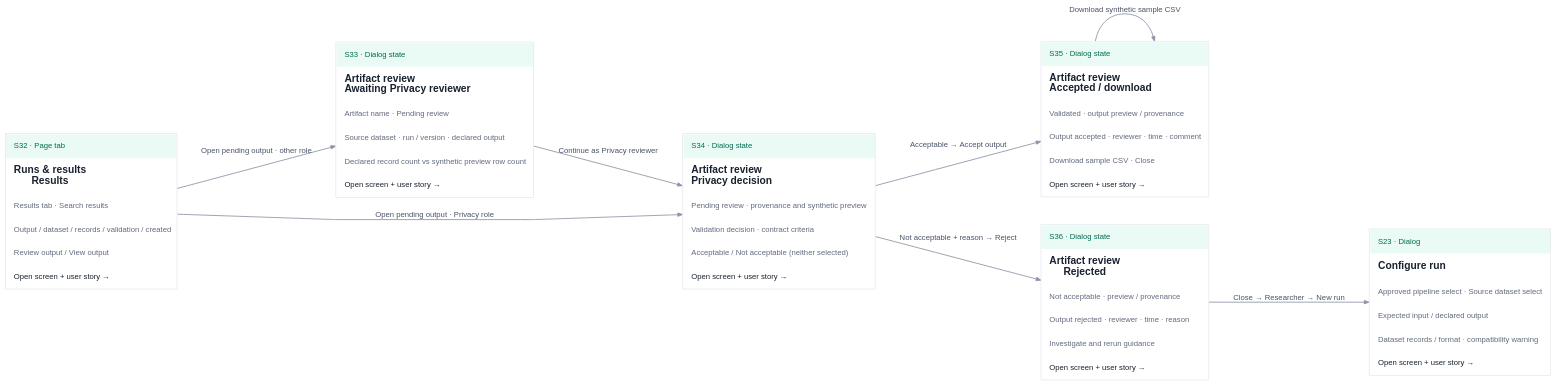
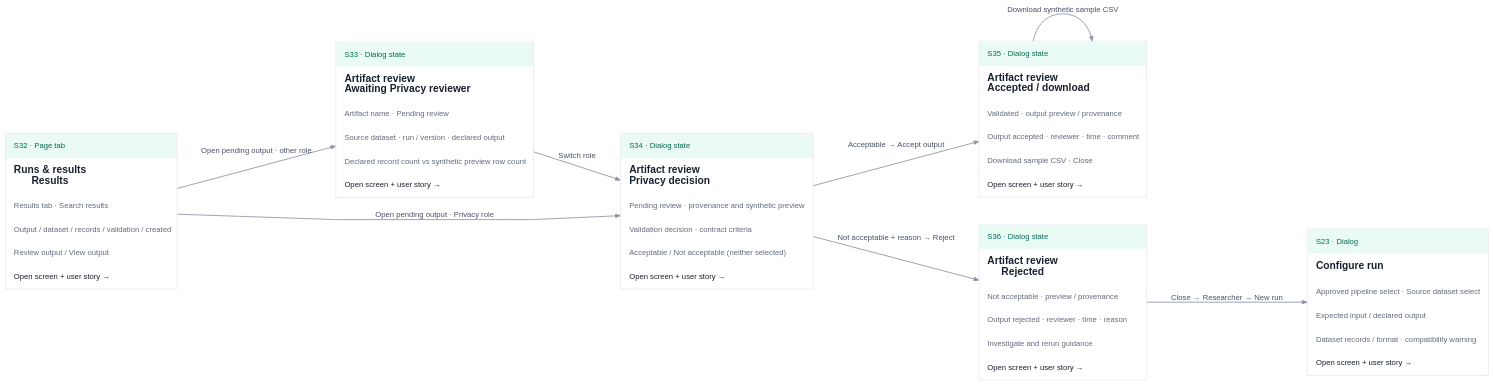
The diagram in public/mvp-flow-docs/flows/F09.dot (T-dotnet/Zero_trust), drawn with Graphviz before and after one commit. The commit also changed 52 other files, not shown here.

```diff
--- a/public/mvp-flow-docs/flows/F09.dot
+++ b/public/mvp-flow-docs/flows/F09.dot
@@ -1,18 +1,18 @@
 digraph flow {
 graph [rankdir=LR, bgcolor="transparent", pad="0.25", nodesep="0.6", ranksep="1.05", splines=polyline, outputorder=edgesfirst];
 node [shape=plain, fontname="Arial"];
 edge [color="#8c91a4", fontcolor="#495268", fontname="Arial", fontsize=12, arrowsize=0.75, penwidth=1.3];
 S32 [id="node-S32", href="#screen=S32&journey=F09", tooltip="Runs & results · Results", label=<<TABLE BORDER="1" COLOR="#e0e4ec" CELLBORDER="0" CELLSPACING="0" CELLPADDING="12" BGCOLOR="white"><TR><TD ALIGN="LEFT" WIDTH="260" BGCOLOR="#eafbf5"><FONT POINT-SIZE="12" COLOR="#006b50">S32 · Page tab</FONT></TD></TR><TR><TD ALIGN="LEFT"><FONT POINT-SIZE="16" COLOR="#18212f"><B>Runs &amp; results<BR ALIGN="LEFT"/>Results</B></FONT></TD></TR><TR><TD ALIGN="LEFT"><FONT POINT-SIZE="12" COLOR="#626a7e">Results tab · Search results</FONT></TD></TR><TR><TD ALIGN="LEFT"><FONT POINT-SIZE="12" COLOR="#626a7e">Output / dataset / records / validation / created</FONT></TD></TR><TR><TD ALIGN="LEFT"><FONT POINT-SIZE="12" COLOR="#626a7e">Review output / View output</FONT></TD></TR><TR><TD ALIGN="LEFT"><FONT POINT-SIZE="12" COLOR="#18212f">Open screen + user story →</FONT></TD></TR></TABLE>>];
 S33 [id="node-S33", href="#screen=S33&journey=F09", tooltip="Artifact review · Awaiting Privacy reviewer", label=<<TABLE BORDER="1" COLOR="#e0e4ec" CELLBORDER="0" CELLSPACING="0" CELLPADDING="12" BGCOLOR="white"><TR><TD ALIGN="LEFT" WIDTH="260" BGCOLOR="#eafbf5"><FONT POINT-SIZE="12" COLOR="#006b50">S33 · Dialog state</FONT></TD></TR><TR><TD ALIGN="LEFT"><FONT POINT-SIZE="16" COLOR="#18212f"><B>Artifact review<BR ALIGN="LEFT"/>Awaiting Privacy reviewer</B></FONT></TD></TR><TR><TD ALIGN="LEFT"><FONT POINT-SIZE="12" COLOR="#626a7e">Artifact name · Pending review</FONT></TD></TR><TR><TD ALIGN="LEFT"><FONT POINT-SIZE="12" COLOR="#626a7e">Source dataset · run / version · declared output</FONT></TD></TR><TR><TD ALIGN="LEFT"><FONT POINT-SIZE="12" COLOR="#626a7e">Declared record count vs synthetic preview row count</FONT></TD></TR><TR><TD ALIGN="LEFT"><FONT POINT-SIZE="12" COLOR="#18212f">Open screen + user story →</FONT></TD></TR></TABLE>>];
 S34 [id="node-S34", href="#screen=S34&journey=F09", tooltip="Artifact review · Privacy decision", label=<<TABLE BORDER="1" COLOR="#e0e4ec" CELLBORDER="0" CELLSPACING="0" CELLPADDING="12" BGCOLOR="white"><TR><TD ALIGN="LEFT" WIDTH="260" BGCOLOR="#eafbf5"><FONT POINT-SIZE="12" COLOR="#006b50">S34 · Dialog state</FONT></TD></TR><TR><TD ALIGN="LEFT"><FONT POINT-SIZE="16" COLOR="#18212f"><B>Artifact review<BR ALIGN="LEFT"/>Privacy decision</B></FONT></TD></TR><TR><TD ALIGN="LEFT"><FONT POINT-SIZE="12" COLOR="#626a7e">Pending review · provenance and synthetic preview</FONT></TD></TR><TR><TD ALIGN="LEFT"><FONT POINT-SIZE="12" COLOR="#626a7e">Validation decision · contract criteria</FONT></TD></TR><TR><TD ALIGN="LEFT"><FONT POINT-SIZE="12" COLOR="#626a7e">Acceptable / Not acceptable (neither selected)</FONT></TD></TR><TR><TD ALIGN="LEFT"><FONT POINT-SIZE="12" COLOR="#18212f">Open screen + user story →</FONT></TD></TR></TABLE>>];
 S35 [id="node-S35", href="#screen=S35&journey=F09", tooltip="Artifact review · Accepted / download", label=<<TABLE BORDER="1" COLOR="#e0e4ec" CELLBORDER="0" CELLSPACING="0" CELLPADDING="12" BGCOLOR="white"><TR><TD ALIGN="LEFT" WIDTH="260" BGCOLOR="#eafbf5"><FONT POINT-SIZE="12" COLOR="#006b50">S35 · Dialog state</FONT></TD></TR><TR><TD ALIGN="LEFT"><FONT POINT-SIZE="16" COLOR="#18212f"><B>Artifact review<BR ALIGN="LEFT"/>Accepted / download</B></FONT></TD></TR><TR><TD ALIGN="LEFT"><FONT POINT-SIZE="12" COLOR="#626a7e">Validated · output preview / provenance</FONT></TD></TR><TR><TD ALIGN="LEFT"><FONT POINT-SIZE="12" COLOR="#626a7e">Output accepted · reviewer · time · comment</FONT></TD></TR><TR><TD ALIGN="LEFT"><FONT POINT-SIZE="12" COLOR="#626a7e">Download sample CSV · Close</FONT></TD></TR><TR><TD ALIGN="LEFT"><FONT POINT-SIZE="12" COLOR="#18212f">Open screen + user story →</FONT></TD></TR></TABLE>>];
 S36 [id="node-S36", href="#screen=S36&journey=F09", tooltip="Artifact review · Rejected", label=<<TABLE BORDER="1" COLOR="#e0e4ec" CELLBORDER="0" CELLSPACING="0" CELLPADDING="12" BGCOLOR="white"><TR><TD ALIGN="LEFT" WIDTH="260" BGCOLOR="#eafbf5"><FONT POINT-SIZE="12" COLOR="#006b50">S36 · Dialog state</FONT></TD></TR><TR><TD ALIGN="LEFT"><FONT POINT-SIZE="16" COLOR="#18212f"><B>Artifact review<BR ALIGN="LEFT"/>Rejected</B></FONT></TD></TR><TR><TD ALIGN="LEFT"><FONT POINT-SIZE="12" COLOR="#626a7e">Not acceptable · preview / provenance</FONT></TD></TR><TR><TD ALIGN="LEFT"><FONT POINT-SIZE="12" COLOR="#626a7e">Output rejected · reviewer · time · reason</FONT></TD></TR><TR><TD ALIGN="LEFT"><FONT POINT-SIZE="12" COLOR="#626a7e">Investigate and rerun guidance</FONT></TD></TR><TR><TD ALIGN="LEFT"><FONT POINT-SIZE="12" COLOR="#18212f">Open screen + user story →</FONT></TD></TR></TABLE>>];
 S23 [id="node-S23", href="#screen=S23&journey=F09", tooltip="Configure run", label=<<TABLE BORDER="1" COLOR="#e0e4ec" CELLBORDER="0" CELLSPACING="0" CELLPADDING="12" BGCOLOR="white"><TR><TD ALIGN="LEFT" WIDTH="260" BGCOLOR="#eafbf5"><FONT POINT-SIZE="12" COLOR="#006b50">S23 · Dialog</FONT></TD></TR><TR><TD ALIGN="LEFT"><FONT POINT-SIZE="16" COLOR="#18212f"><B>Configure run</B></FONT></TD></TR><TR><TD ALIGN="LEFT"><FONT POINT-SIZE="12" COLOR="#626a7e">Approved pipeline select · Source dataset select</FONT></TD></TR><TR><TD ALIGN="LEFT"><FONT POINT-SIZE="12" COLOR="#626a7e">Expected input / declared output</FONT></TD></TR><TR><TD ALIGN="LEFT"><FONT POINT-SIZE="12" COLOR="#626a7e">Dataset records / format · compatibility warning</FONT></TD></TR><TR><TD ALIGN="LEFT"><FONT POINT-SIZE="12" COLOR="#18212f">Open screen + user story →</FONT></TD></TR></TABLE>>];
 S32 -> S33 [label="Open pending output · other role", tooltip="Open pending output · other role"];
-S33 -> S34 [label="Continue as Privacy reviewer", tooltip="Continue as Privacy reviewer"];
+S33 -> S34 [label="Switch role", tooltip="Switch role"];
 S32 -> S34 [label="Open pending output · Privacy role", tooltip="Open pending output · Privacy role"];
 S34 -> S35 [label="Acceptable → Accept output", tooltip="Acceptable → Accept output"];
 S34 -> S36 [label="Not acceptable + reason → Reject", tooltip="Not acceptable + reason → Reject"];
 S35 -> S35 [label="Download synthetic sample CSV", tooltip="Download synthetic sample CSV"];
 S36 -> S23 [label="Close → Researcher → New run", tooltip="Close → Researcher → New run"];
 }
```
